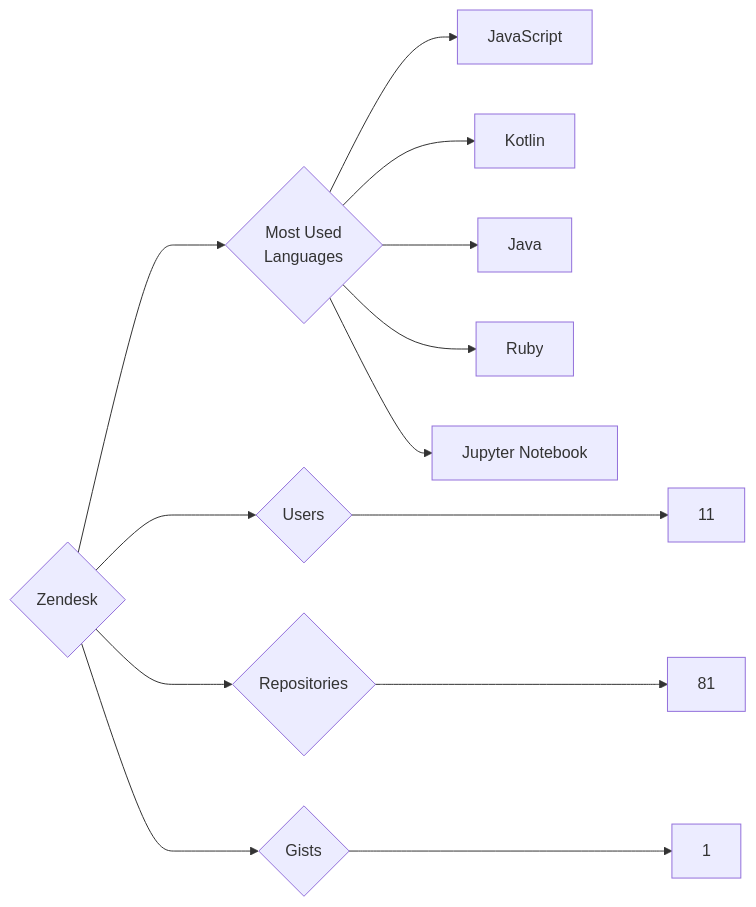
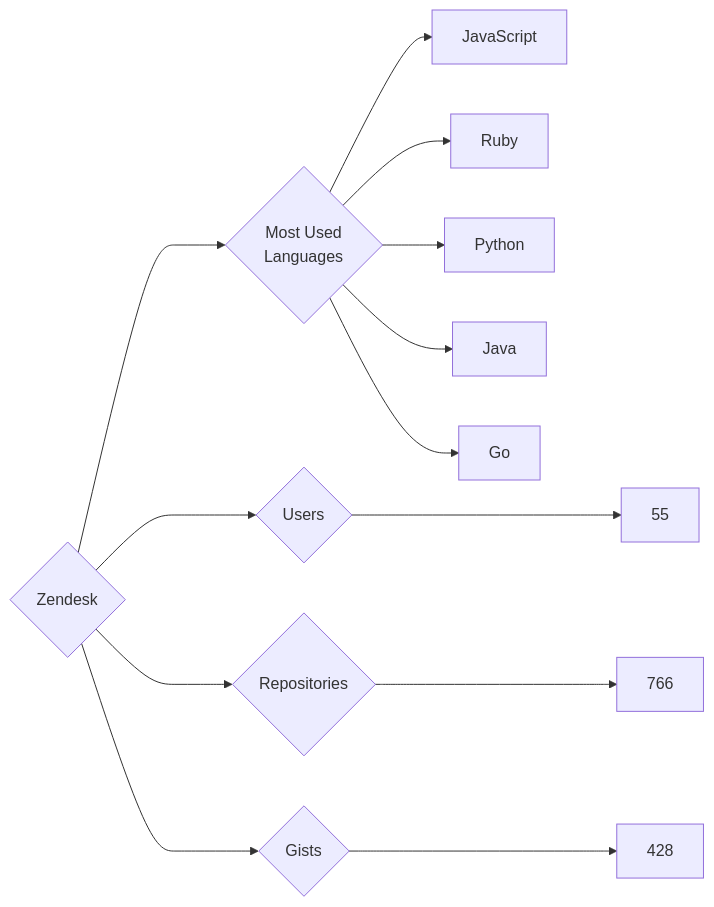
The diagram in targets/Zendesk/README.md (trickest/insiders), drawn with Mermaid before and after one commit. The commit also changed 877 other files, not shown here.

````diff
--- a/targets/Zendesk/README.md
+++ b/targets/Zendesk/README.md
@@ -3,13 +3,13 @@
 ```mermaid
 graph LR
 COMPANY_NAME{Zendesk}
-COMPANY_NAME ---> U{Users} ---> UN[11]
-COMPANY_NAME ---> R{Repositories} ---> RN[81]
-COMPANY_NAME ---> G{Gists} ---> GN[1]
+COMPANY_NAME ---> U{Users} ---> UN[55]
+COMPANY_NAME ---> R{Repositories} ---> RN[766]
+COMPANY_NAME ---> G{Gists} ---> GN[428]
 COMPANY_NAME ---> ML{Most Used<br>Languages}
 ML --> JavaScript[JavaScript]
-ML --> Kotlin[Kotlin]
+ML --> Ruby[Ruby]
+ML --> Python[Python]
 ML --> Java[Java]
-ML --> Ruby[Ruby]
-ML --> Jupyter_Notebook[Jupyter Notebook]
+ML --> Go[Go]
 ```
````
